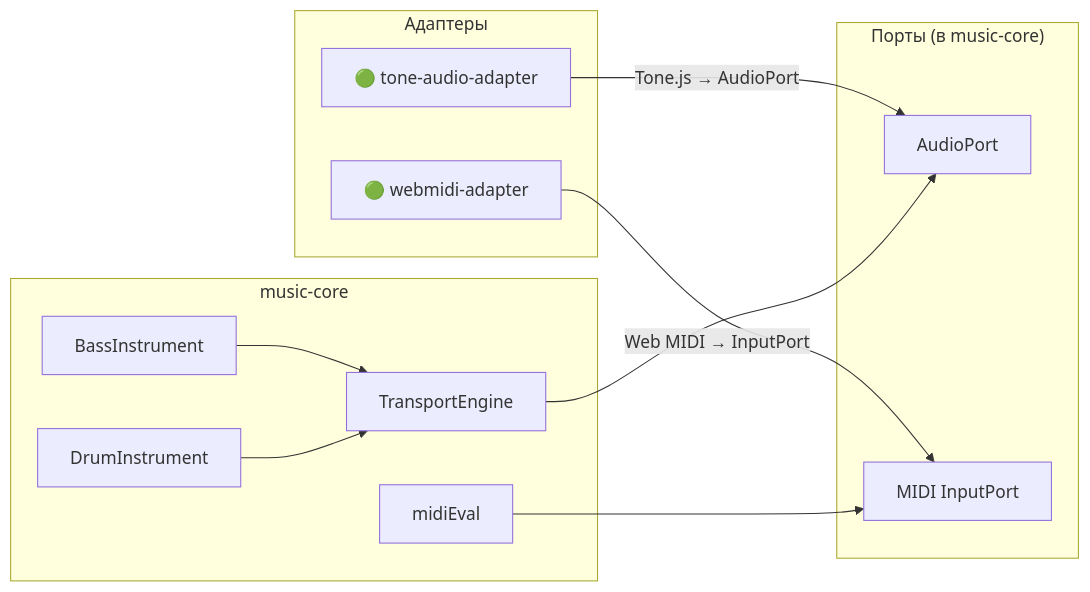
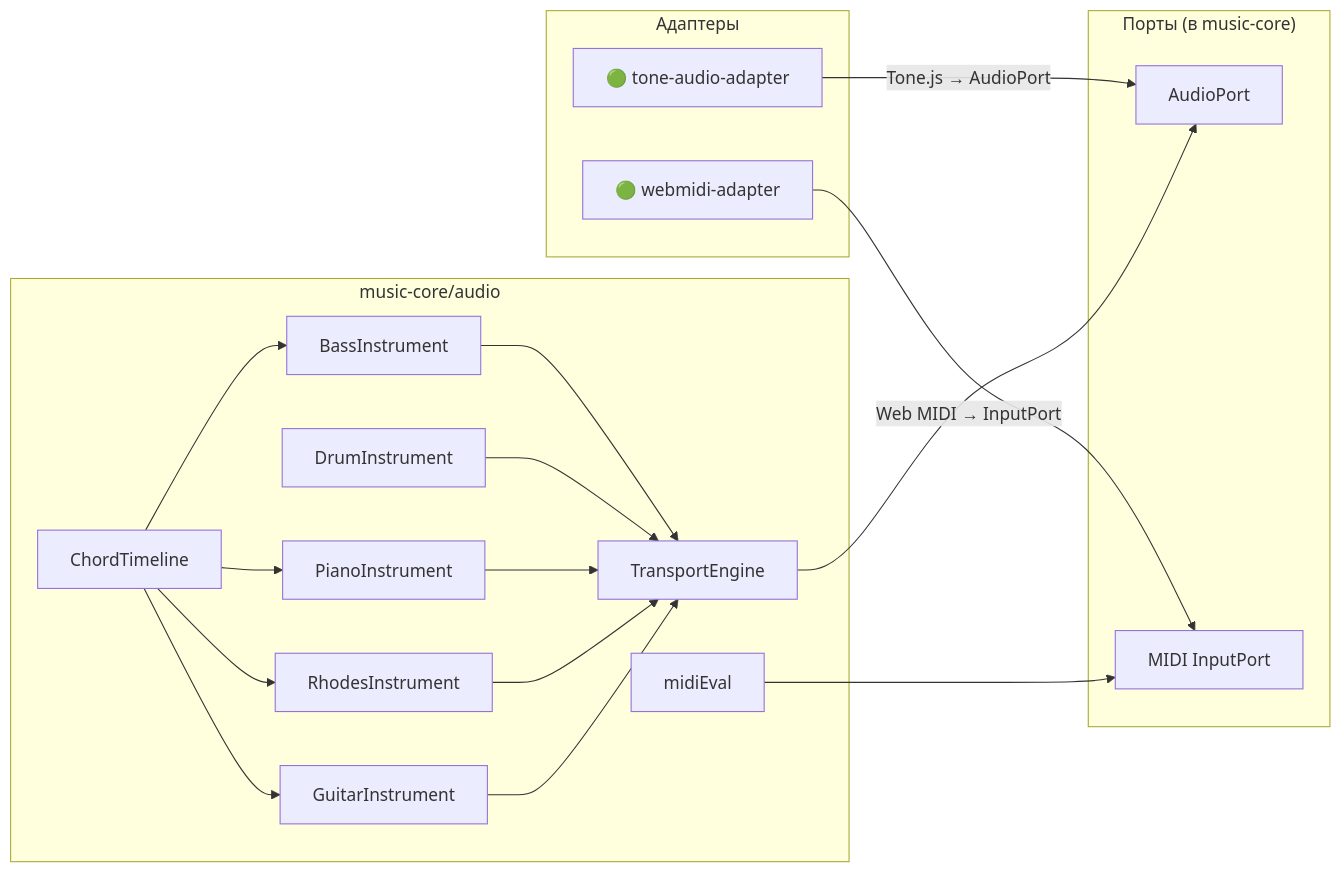
Before and after one commit to vadagama/jazz-trainer: the second of 3 diagrams in docs/ARCHITECTURE_BASE.md, drawn with Mermaid. The commit also changed other lines of this file and 94 other files, not shown here.

````diff
--- a/docs/ARCHITECTURE_BASE.md
+++ b/docs/ARCHITECTURE_BASE.md
@@ -156,24 +156,35 @@
 ```mermaid
 graph LR
     subgraph adapters["Адаптеры"]
         TA["🟢 tone-audio-adapter"]
         WA["🟢 webmidi-adapter"]
     end
     subgraph ports["Порты (в music-core)"]
         AP["AudioPort"]
         IP["MIDI InputPort"]
     end
-    subgraph core["music-core"]
+    subgraph core["music-core/audio"]
         TE["TransportEngine"]
         BI["BassInstrument"]
         DI["DrumInstrument"]
+        PI["PianoInstrument"]
+        RI["RhodesInstrument"]
+        GI["GuitarInstrument"]
         ME["midiEval"]
+        CT["ChordTimeline"]
     end
 
     TA -->|Tone.js → AudioPort| AP
     WA -->|Web MIDI → InputPort| IP
     TE --> AP
     BI --> TE
     DI --> TE
+    PI --> TE
+    RI --> TE
+    GI --> TE
     ME --> IP
+    CT --> BI
+    CT --> PI
+    CT --> RI
+    CT --> GI
 ```
````
